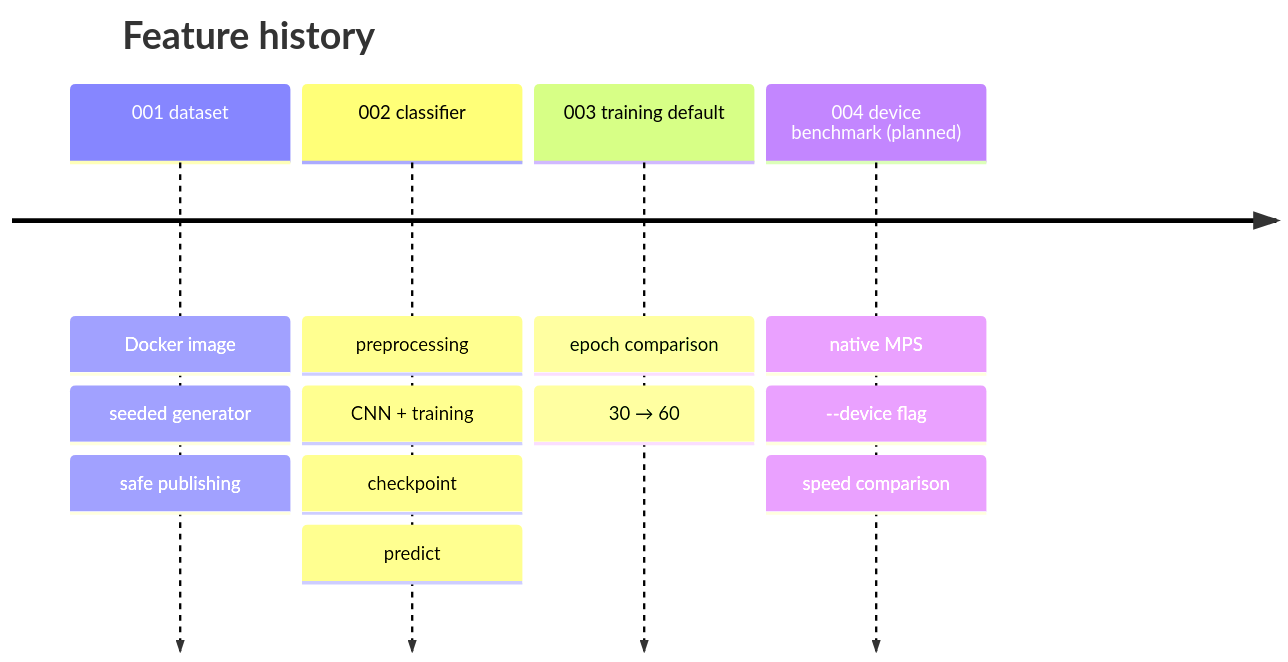
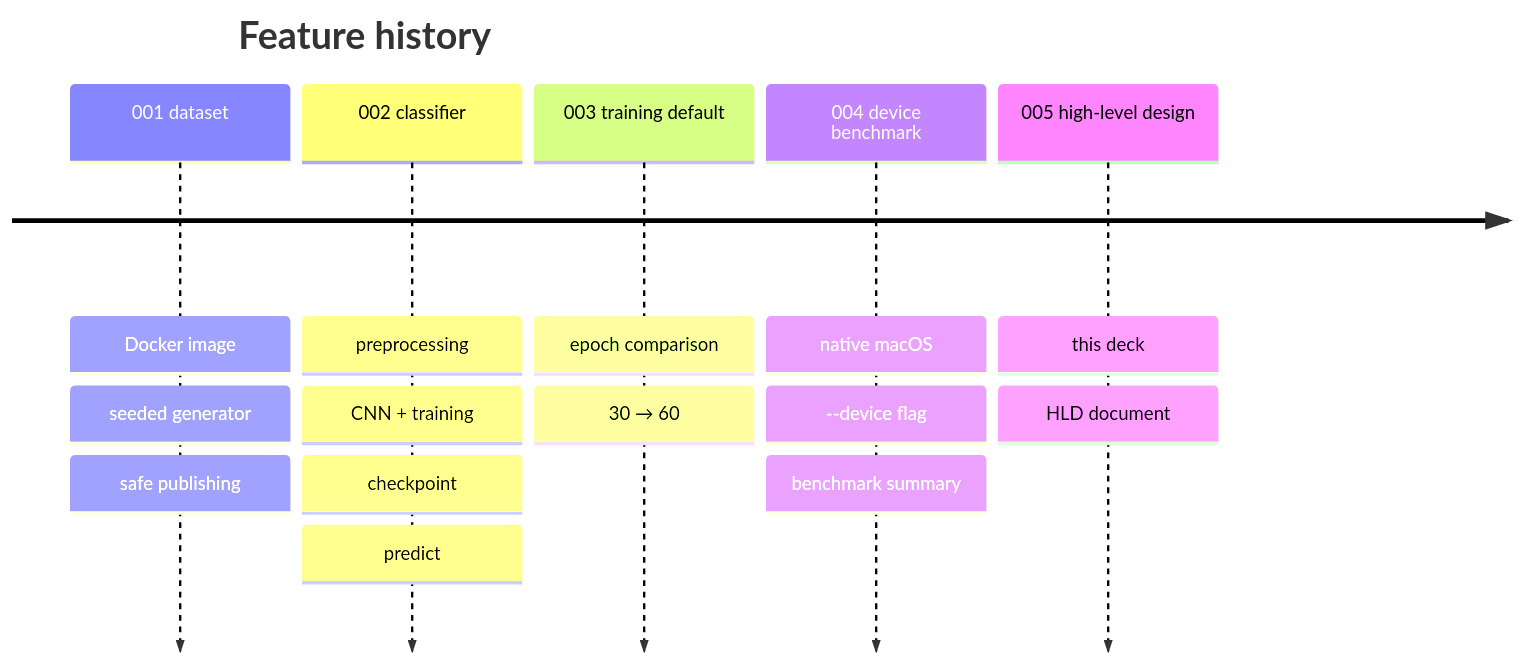
One commit to nal/ML changed diagram 14 of 14 in CNN/image_classification/docs/hld/slides.md. Above: the diagram before and after it, drawn with Mermaid. The commit also changed other lines of this file and 1 other file, not shown here.

First line of the commit message:
docs(hld): refresh design and slides for device benchmark

````diff
--- a/CNN/image_classification/docs/hld/slides.md
+++ b/CNN/image_classification/docs/hld/slides.md
@@ -378,8 +494,9 @@
 ```mermaid {scale: 0.8}
 timeline
   title Feature history
   001 dataset : Docker image : seeded generator : safe publishing
   002 classifier : preprocessing : CNN + training : checkpoint : predict
   003 training default : epoch comparison : 30 → 60
-  004 device benchmark (planned) : native MPS : --device flag : speed comparison
+  004 device benchmark : native macOS : --device flag : benchmark summary
+  005 high-level design : this deck : HLD document
 ```
````
